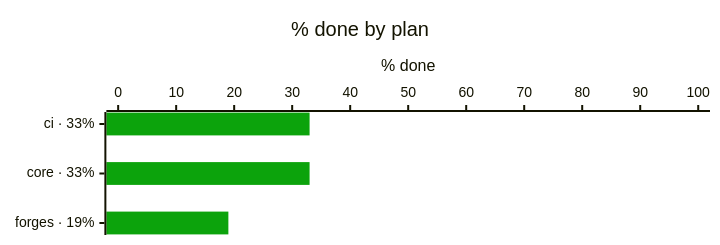
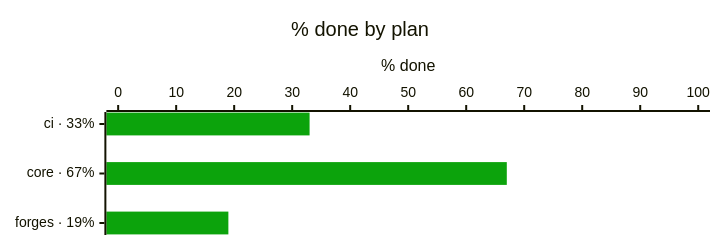
One commit to bvraghav/pmtrack changed the third of 4 diagrams in progress/README.md. Above: the diagram before and after it, drawn with Mermaid. The commit also changed other lines of this file and 5 other files, not shown here.

````diff
--- a/progress/README.md
+++ b/progress/README.md
@@ -32,8 +32,8 @@
 ```mermaid
 %%{init: {"themeVariables": {"xyChart": {"plotColorPalette": "#0ca30c"}}, "xyChart": {"height": 225}}}%%
 xychart-beta horizontal
   title "% done by plan"
-  x-axis ["ci · 33%", "core · 33%", "forges · 19%"]
+  x-axis ["ci · 33%", "core · 67%", "forges · 19%"]
   y-axis "% done" 0 --> 100
-  bar [33, 33, 19]
+  bar [33, 67, 19]
 ```
````
